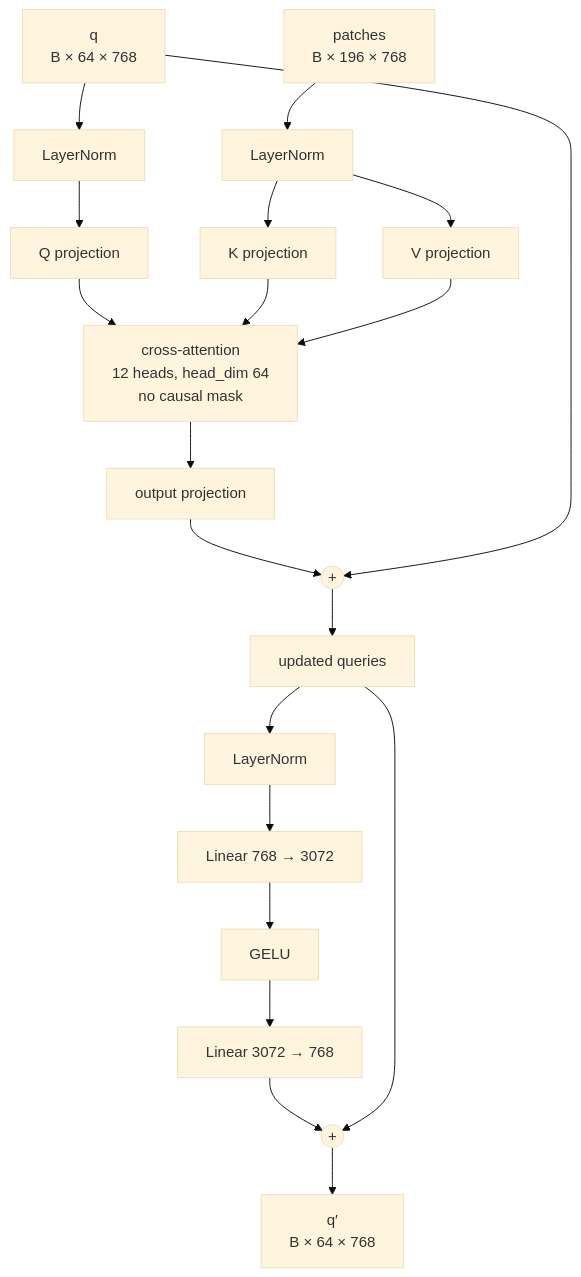
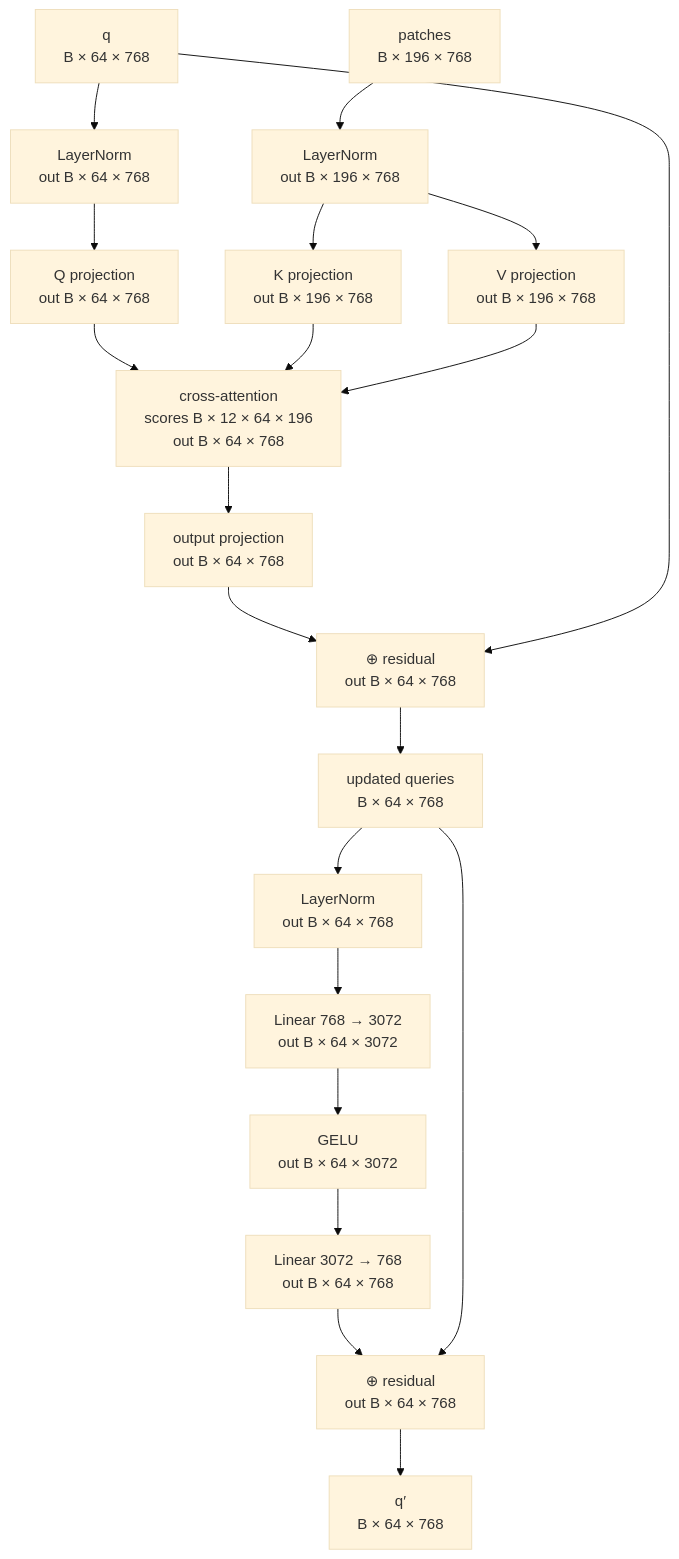
The fifth of 9 diagrams in experiment/connector.md (AsishKumarDalal/medicalvllm), drawn with Mermaid (base theme) before and after one commit. The commit also changed other lines of this file, not shown here.

Commit message:
Annotate every connector diagram node with output dimensions

````diff
--- a/experiment/connector.md
+++ b/experiment/connector.md
@@ -113,25 +113,25 @@
 ```mermaid
 flowchart TB
-    Q["q<br/>B × 64 × 768"] --> LNQ["LayerNorm"]
-    KV["patches<br/>B × 196 × 768"] --> LNKV["LayerNorm"]
+    Q["q<br/>B × 64 × 768"] --> LNQ["LayerNorm<br/>out B × 64 × 768"]
+    KV["patches<br/>B × 196 × 768"] --> LNKV["LayerNorm<br/>out B × 196 × 768"]
 
-    LNQ --> QP["Q projection"]
-    LNKV --> KP["K projection"]
-    LNKV --> VP["V projection"]
+    LNQ --> QP["Q projection<br/>out B × 64 × 768"]
+    LNKV --> KP["K projection<br/>out B × 196 × 768"]
+    LNKV --> VP["V projection<br/>out B × 196 × 768"]
 
-    QP --> ATT["cross-attention<br/>12 heads, head_dim 64<br/>no causal mask"]
+    QP --> ATT["cross-attention<br/>scores B × 12 × 64 × 196<br/>out B × 64 × 768"]
     KP --> ATT
     VP --> ATT
-    ATT --> OP["output projection"]
-    OP --> R1(("+"))
+    ATT --> OP["output projection<br/>out B × 64 × 768"]
+    OP --> R1["⊕ residual<br/>out B × 64 × 768"]
     Q --> R1
-    R1 --> H["updated queries"]
+    R1 --> H["updated queries<br/>B × 64 × 768"]
 
-    H --> LNF["LayerNorm"]
-    LNF --> F1["Linear 768 → 3072"]
-    F1 --> GELU["GELU"]
-    GELU --> F2["Linear 3072 → 768"]
-    F2 --> R2(("+"))
+    H --> LNF["LayerNorm<br/>out B × 64 × 768"]
+    LNF --> F1["Linear 768 → 3072<br/>out B × 64 × 3072"]
+    F1 --> GELU["GELU<br/>out B × 64 × 3072"]
+    GELU --> F2["Linear 3072 → 768<br/>out B × 64 × 768"]
+    F2 --> R2["⊕ residual<br/>out B × 64 × 768"]
     H --> R2
     R2 --> OUT["q′<br/>B × 64 × 768"]
 ```
````
